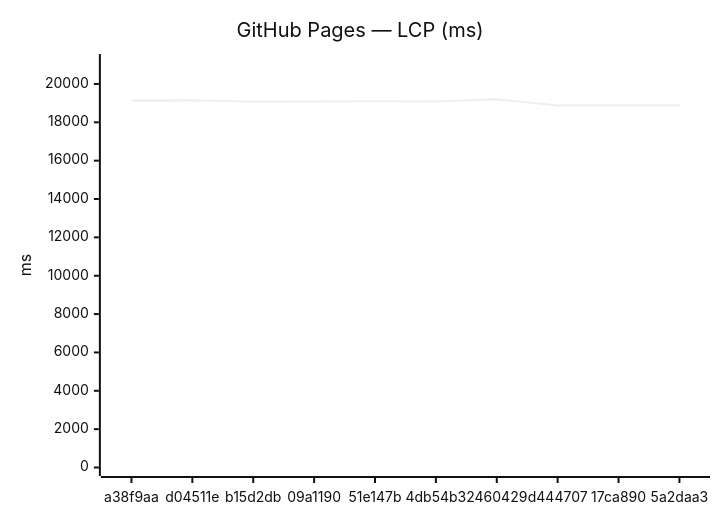
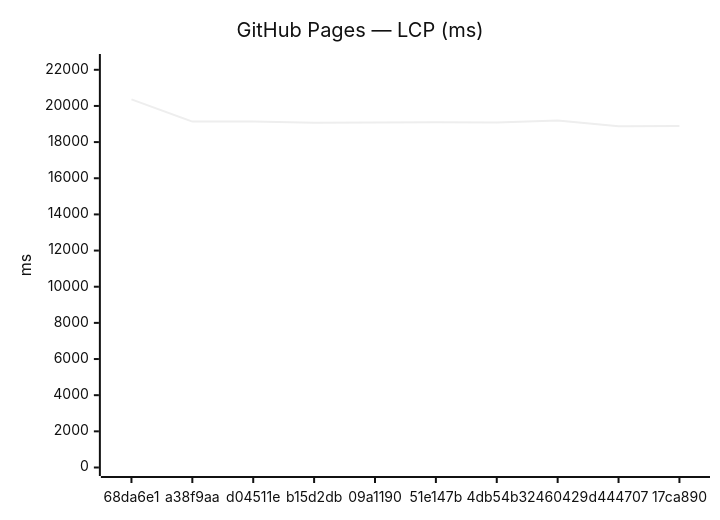
The third of 18 diagrams in benchmarks/compare.md (Metaheurist/Rianell), drawn with Mermaid (neutral theme) before and after one commit. The commit also changed other lines of this file and 11 other files, not shown here.

````diff
--- a/benchmarks/compare.md
+++ b/benchmarks/compare.md
@@ -54,7 +54,7 @@
 ```mermaid
 xychart-beta
     title "GitHub Pages — LCP (ms)"
-    x-axis ["a38f9aa", "d04511e", "b15d2db", "09a1190", "51e147b", "4db54b3", "2460429", "d444707", "17ca890", "5a2daa3"]
-    y-axis "ms" 0 --> 21119
-    line [19133, 19145, 19077, 19086, 19101, 19086, 19199, 18871, 18888, 18892]
+    x-axis ["68da6e1", "a38f9aa", "d04511e", "b15d2db", "09a1190", "51e147b", "4db54b3", "2460429", "d444707", "17ca890"]
+    y-axis "ms" 0 --> 22403
+    line [20366, 19133, 19145, 19077, 19086, 19101, 19086, 19199, 18871, 18888]
 ```
````
